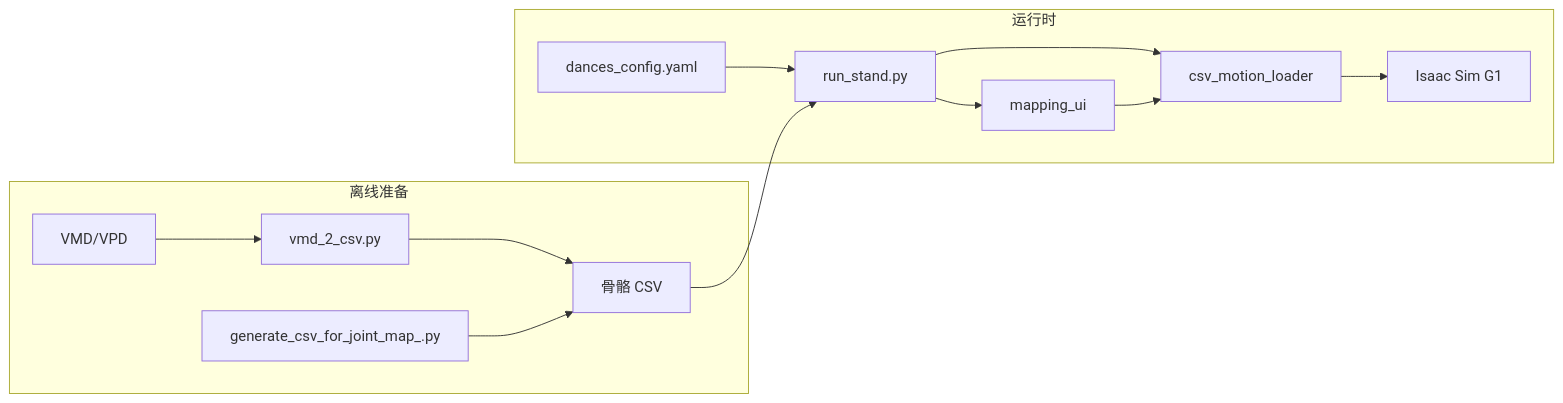
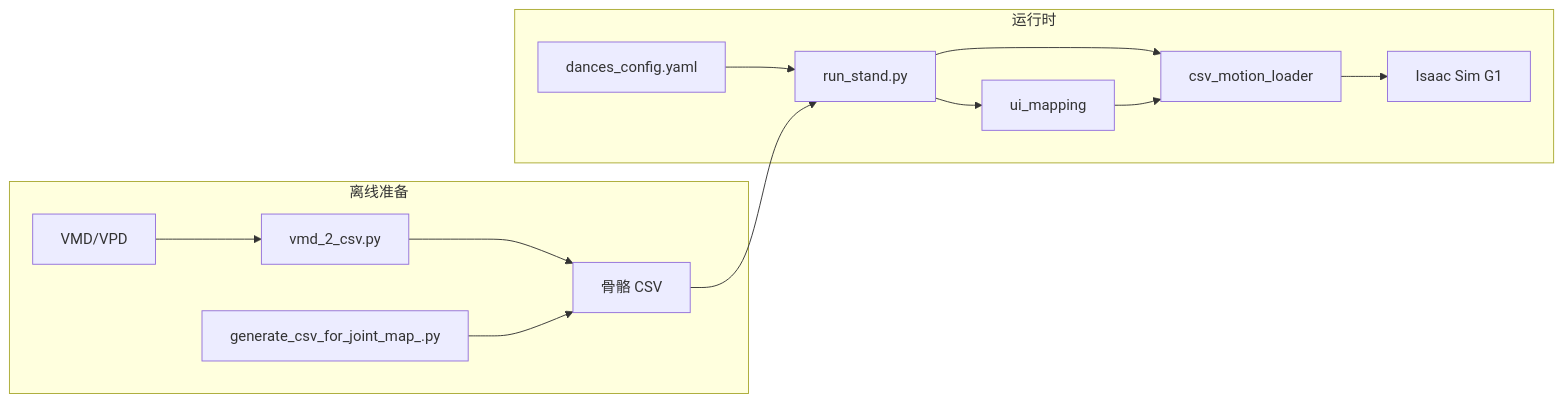
One commit to Jasy6307/Isaac-Robot-MMD changed the diagram in robot_mmd/OVERVIEW.md. Above: the diagram before and after it, drawn with Mermaid. The commit also changed other lines of this file and 9 other files, not shown here.

````diff
--- a/robot_mmd/OVERVIEW.md
+++ b/robot_mmd/OVERVIEW.md
@@ -29,16 +29,16 @@
 ```mermaid
 flowchart LR
   subgraph offline [离线准备]
     VMD[VMD/VPD] --> vmd2csv[vmd_2_csv.py]
     vmd2csv --> CSV[骨骼 CSV]
     gen[generate_csv_for_joint_map_.py] --> CSV
   end
   subgraph runtime [运行时]
     YAML[dances_config.yaml] --> run[run_stand.py]
     CSV --> run
     run --> loader[csv_motion_loader]
     loader --> sim[Isaac Sim G1]
-    run --> ui[mapping_ui]
+    run --> ui[ui_mapping]
     ui --> loader
   end
 ```
````
